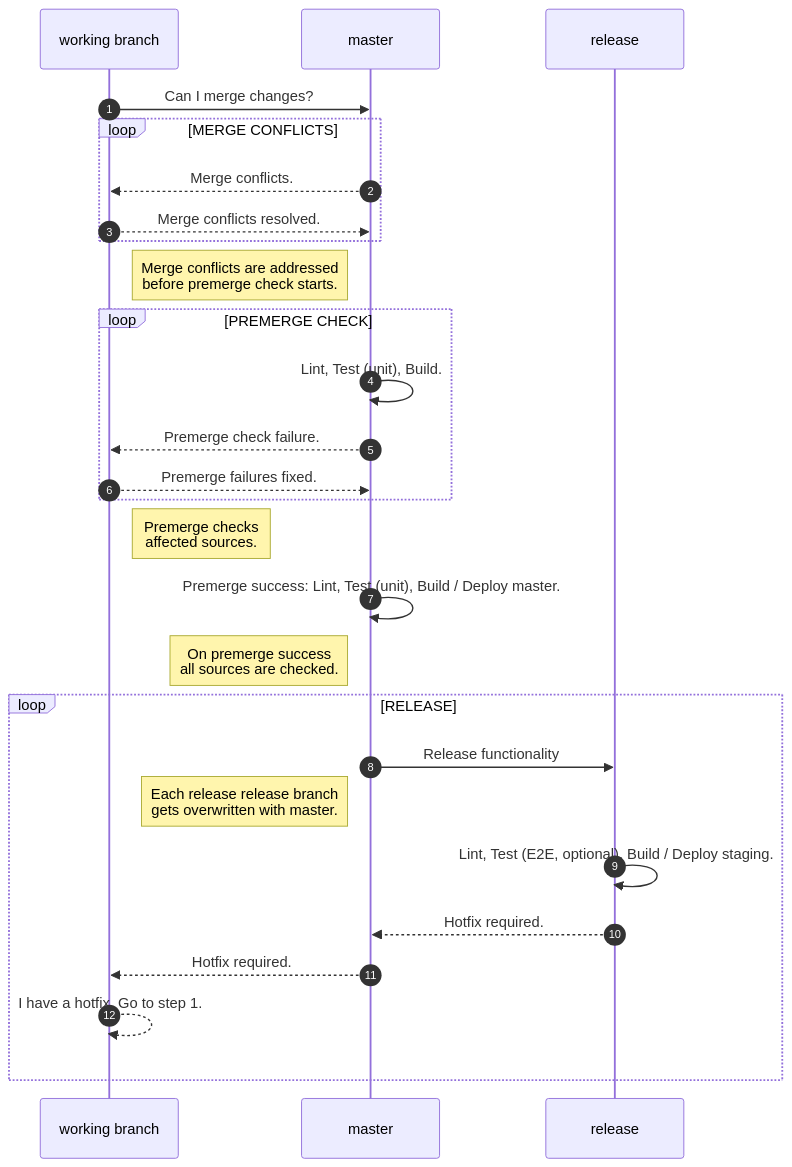
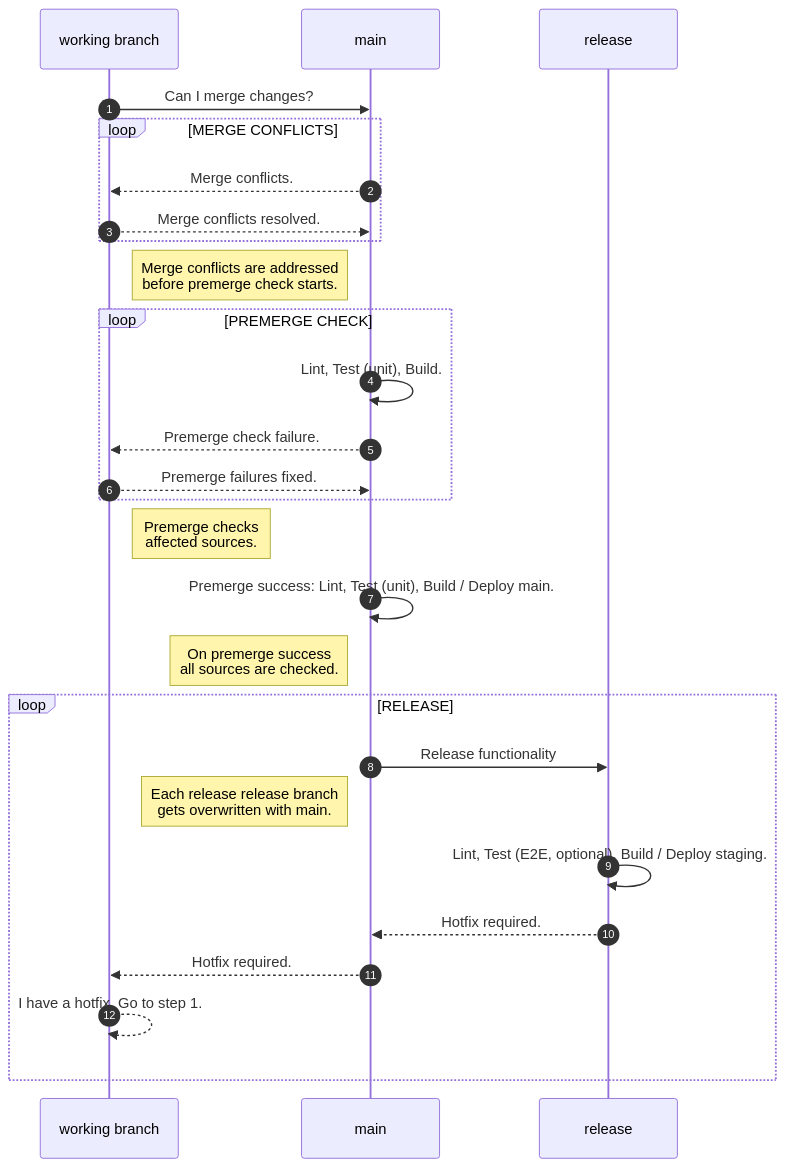
One commit to rfprod/nx-ng-starter changed the diagram in tools/diagrams/branching.mmd. Above: the diagram before and after it, drawn with Mermaid. The commit also changed 10 other files, not shown here.

```diff
--- a/tools/diagrams/branching.mmd
+++ b/tools/diagrams/branching.mmd
@@ -1,28 +1,28 @@
 sequenceDiagram
     autonumber
-    working branch->>master: Can I merge changes?
+    working branch->>main: Can I merge changes?
 
     loop MERGE CONFLICTS
-      master-->>working branch: Merge conflicts.
-      working branch-->>master: Merge conflicts resolved.
+      main-->>working branch: Merge conflicts.
+      working branch-->>main: Merge conflicts resolved.
     end
     Note right of working branch: Merge conflicts are addressed <br> before premerge check starts.
 
     loop PREMERGE CHECK
-      master->>master: Lint, Test (unit), Build.
-      master-->>working branch: Premerge check failure.
-      working branch-->>master: Premerge failures fixed.
+      main->>main: Lint, Test (unit), Build.
+      main-->>working branch: Premerge check failure.
+      working branch-->>main: Premerge failures fixed.
     end
     Note right of working branch: Premerge checks <br> affected sources.
 
-    master->>master: Premerge success: Lint, Test (unit), Build / Deploy master.
-    Note left of master: On premerge success <br> all sources are checked.
+    main->>main: Premerge success: Lint, Test (unit), Build / Deploy main.
+    Note left of main: On premerge success <br> all sources are checked.
 
     loop RELEASE
-      master->>release: Release functionality
-      Note left of master: Each release release branch <br> gets overwritten with master.
+      main->>release: Release functionality
+      Note left of main: Each release release branch <br> gets overwritten with main.
       release->>release: Lint, Test (E2E, optional), Build / Deploy staging.
-      release-->>master: Hotfix required.
-      master-->>working branch: Hotfix required.
+      release-->>main: Hotfix required.
+      main-->>working branch: Hotfix required.
       working branch-->>working branch: I have a hotfix. Go to step 1.
     end
```
